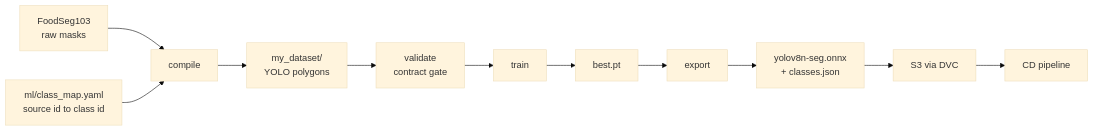
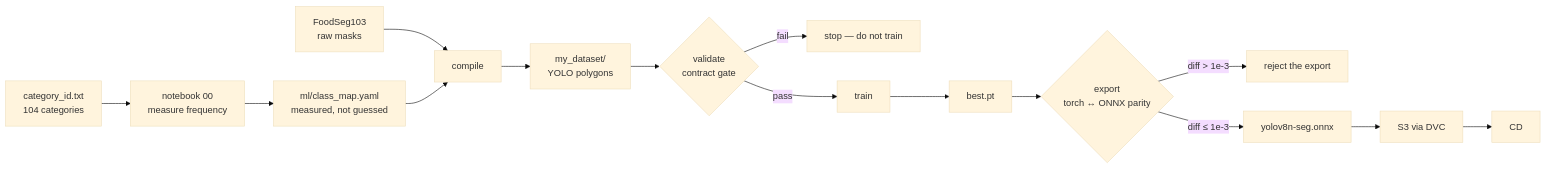
One commit to Zen-Daitsu/Nutrivision changed the fourth of 9 diagrams in README.md. Above: the diagram before and after it, drawn with Mermaid (base theme). The commit also changed other lines of this file, not shown here.

````diff
--- a/README.md
+++ b/README.md
@@ -159,13 +216,16 @@
 ```mermaid
 flowchart LR
     raw["FoodSeg103<br/>raw masks"] --> compile
-    map["ml/class_map.yaml<br/>source id to class id"] --> compile
-    compile["compile"] --> ds["my_dataset/<br/>YOLO polygons"]
-    ds --> validate["validate<br/>contract gate"]
-    validate --> train["train"]
+    cats["category_id.txt<br/>104 categories"] --> nb00["notebook 00<br/>measure frequency"]
+    nb00 --> map["ml/class_map.yaml<br/>measured, not guessed"]
+    map --> compile["compile"]
+    compile --> ds["my_dataset/<br/>YOLO polygons"]
+    ds --> validate{"validate<br/>contract gate"}
+    validate -->|"fail"| stop["stop — do not train"]
+    validate -->|"pass"| train["train"]
     train --> best["best.pt"]
-    best --> export["export"]
-    export --> onnx["yolov8n-seg.onnx<br/>+ classes.json"]
-    onnx --> s3["S3 via DVC"]
-    s3 --> cd["CD pipeline"]
+    best --> export{"export<br/>torch ↔ ONNX parity"}
+    export -->|"diff > 1e-3"| reject["reject the export"]
+    export -->|"diff ≤ 1e-3"| onnx["yolov8n-seg.onnx"]
+    onnx --> s3["S3 via DVC"] --> cd["CD"]
 ```
````
